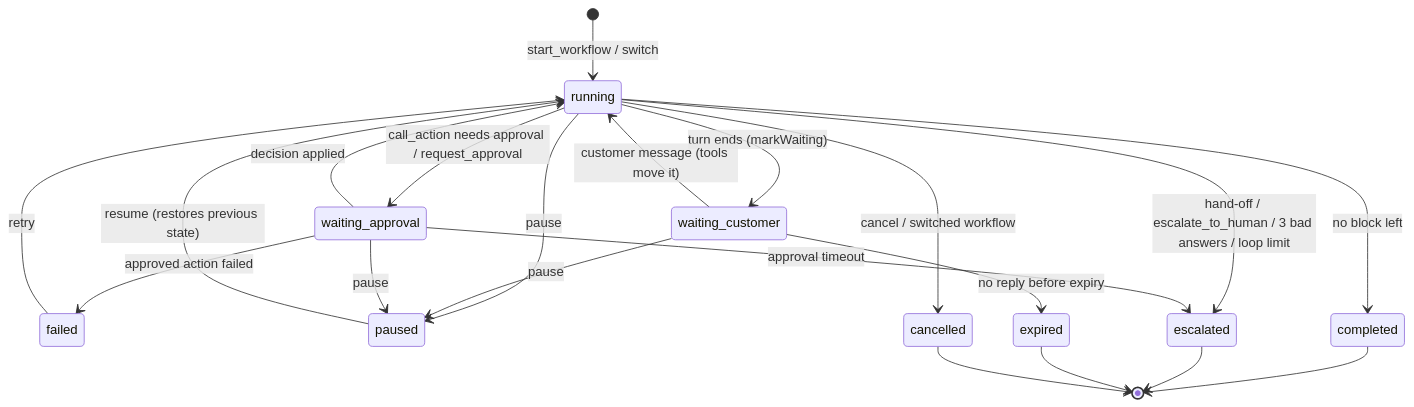
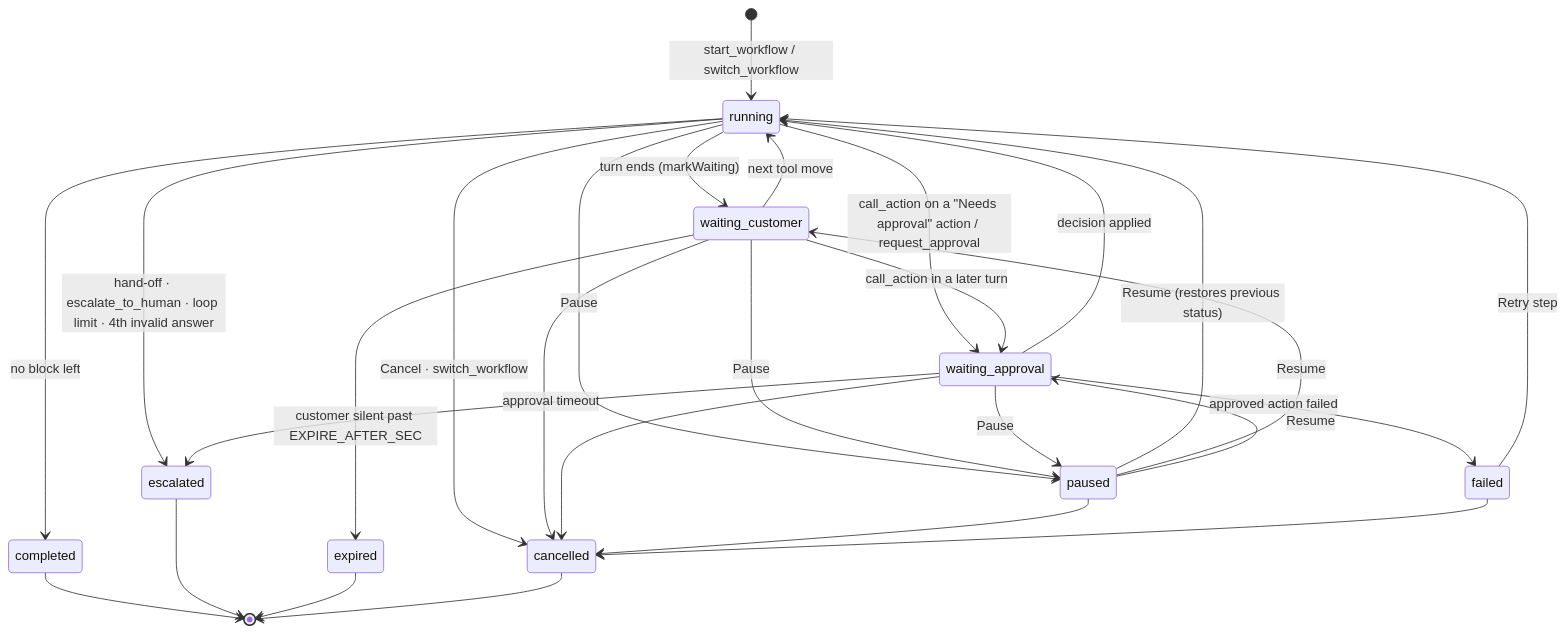
The ninth of 9 diagrams in docs/FUNCTIONAL_DOCUMENTATION.md (punit-walkover/workflow-poc-agentic), drawn with Mermaid before and after one commit. The commit also changed other lines of this file and 3 other files, not shown here.

````diff
--- a/docs/FUNCTIONAL_DOCUMENTATION.md
+++ b/docs/FUNCTIONAL_DOCUMENTATION.md
@@ -1117,23 +1227,30 @@
 ```mermaid
 stateDiagram-v2
-  [*] --> running: start_workflow / switch
+  [*] --> running: start_workflow / switch_workflow
   running --> waiting_customer: turn ends (markWaiting)
-  waiting_customer --> running: customer message (tools move it)
-  running --> waiting_approval: call_action needs approval / request_approval
+  waiting_customer --> running: next tool move
+  running --> waiting_approval: call_action on a "Needs approval" action / request_approval
+  waiting_customer --> waiting_approval: call_action in a later turn
   waiting_approval --> running: decision applied
   waiting_approval --> failed: approved action failed
-  failed --> running: retry
-  running --> paused: pause
-  waiting_customer --> paused: pause
-  waiting_approval --> paused: pause
-  paused --> running: resume (restores previous state)
+  failed --> running: Retry step
+  running --> paused: Pause
+  waiting_customer --> paused: Pause
+  waiting_approval --> paused: Pause
+  paused --> running: Resume (restores previous status)
+  paused --> waiting_customer: Resume
+  paused --> waiting_approval: Resume
   running --> completed: no block left
-  running --> escalated: hand-off / escalate_to_human / 3 bad answers / loop limit
+  running --> escalated: hand-off · escalate_to_human · loop limit · 4th invalid answer
   waiting_approval --> escalated: approval timeout
-  waiting_customer --> expired: no reply before expiry
-  running --> cancelled: cancel / switched workflow
+  waiting_customer --> expired: customer silent past EXPIRE_AFTER_SEC
+  running --> cancelled: Cancel · switch_workflow
+  waiting_customer --> cancelled
+  waiting_approval --> cancelled
+  paused --> cancelled
+  failed --> cancelled
   completed --> [*]
   escalated --> [*]
   expired --> [*]
   cancelled --> [*]
 ```
````
